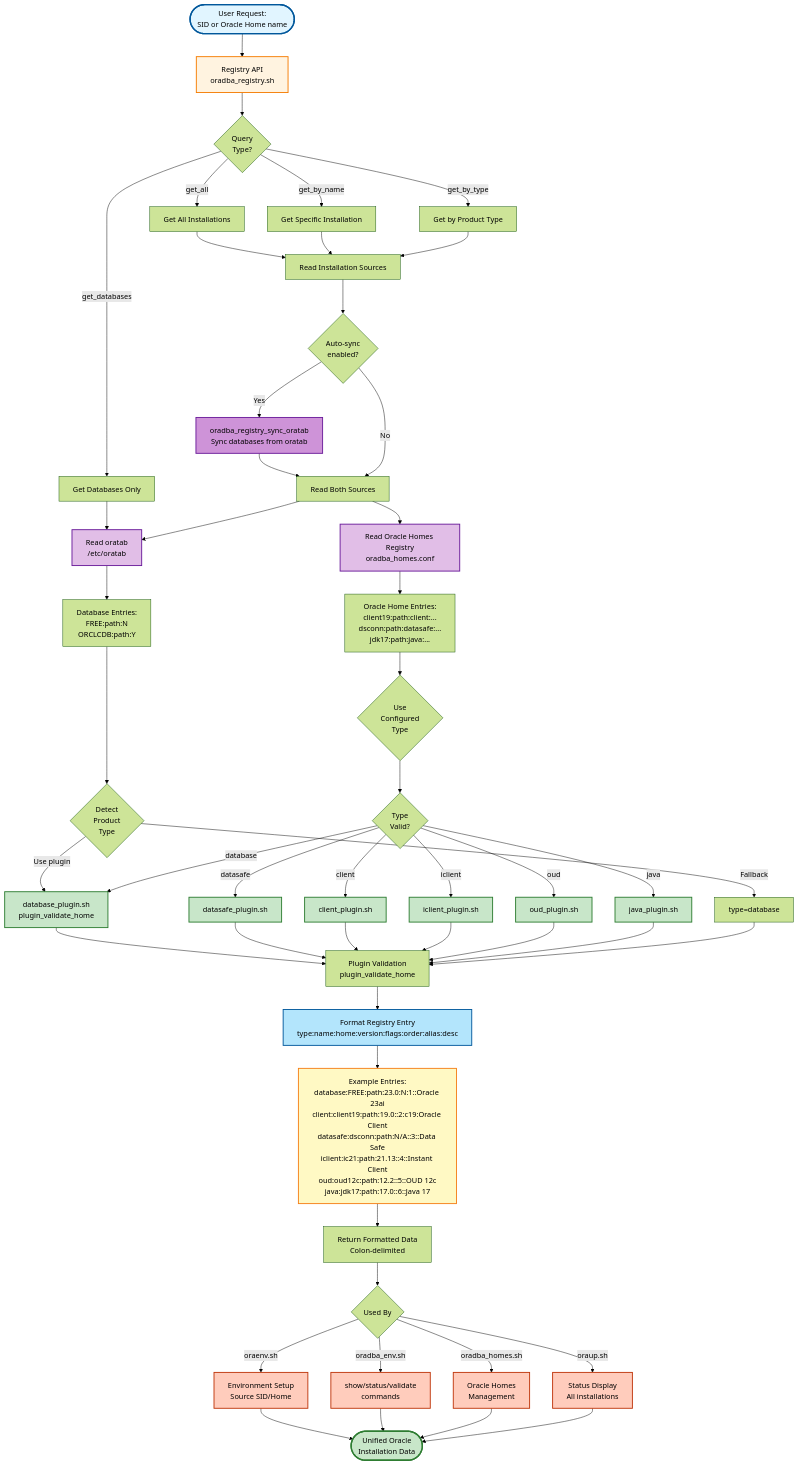
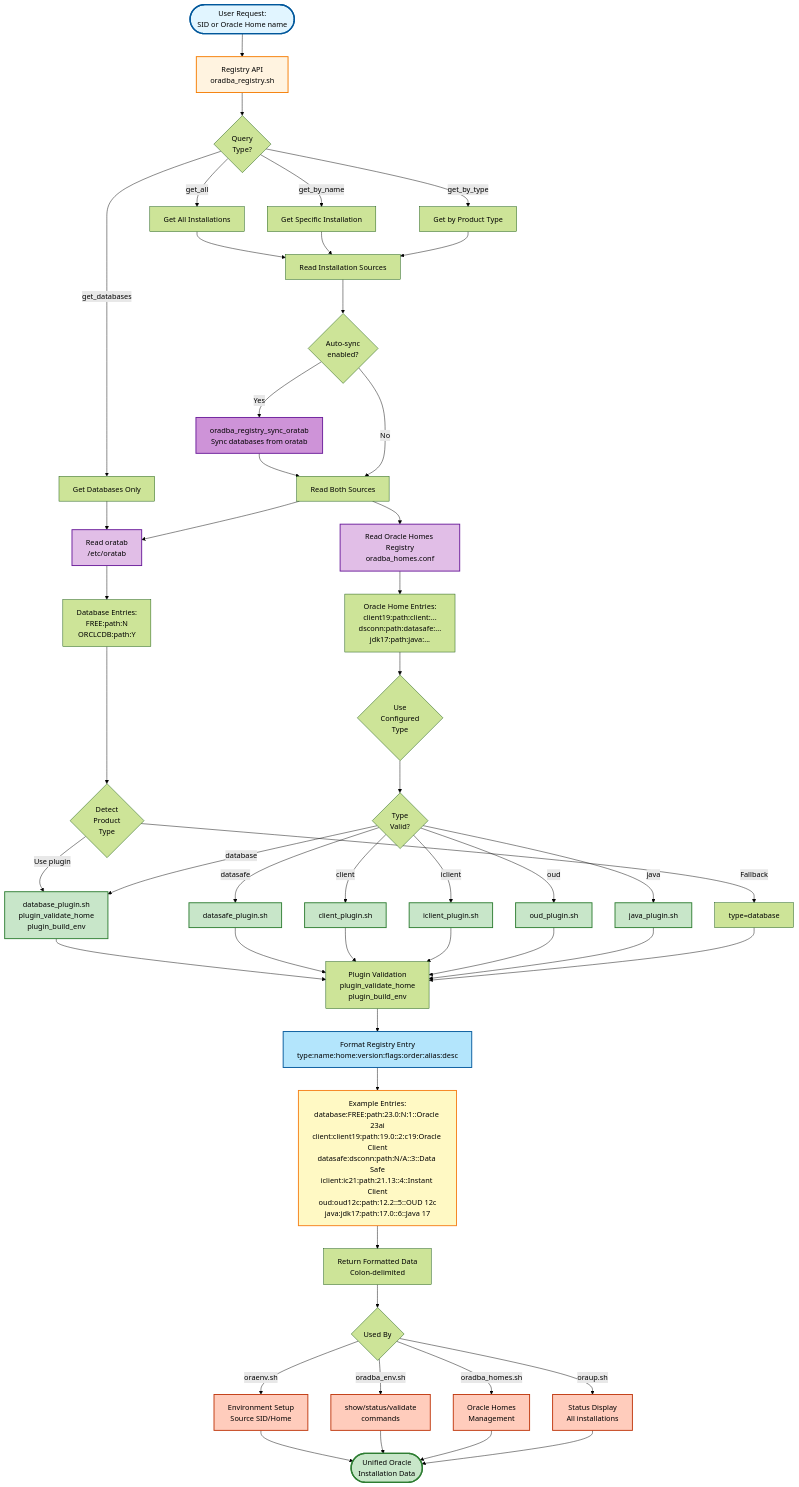
One commit to oehrlis/oradba changed the diagram in doc/images/registry-api-flow.md. Above: the diagram before and after it, drawn with Mermaid (forest theme). The commit also changed 6 other files, not shown here.

Commit message:
docs: align plugin docs and diagrams with updated standards

```diff
--- a/doc/images/registry-api-flow.md
+++ b/doc/images/registry-api-flow.md
@@ -38,7 +38,7 @@
     OratexistabData --> DetectDB{Detect<br/>Product<br/>Type}
     HomesData --> DetectOther{Use<br/>Configured<br/>Type}
     
-    DetectDB -->|Use plugin| DBPlugin[database_plugin.sh<br/>plugin_validate_home]
+    DetectDB -->|Use plugin| DBPlugin[database_plugin.sh<br/>plugin_validate_home<br/>plugin_build_env]
     DetectDB -->|Fallback| DefaultDB[type=database]
     
     DetectOther --> TypeCheck{Type<br/>Valid?}
@@ -57,7 +57,7 @@
     JavaPlugin --> Validate
     DefaultDB --> Validate
     
-    Validate[Plugin Validation<br/>plugin_validate_home]
+    Validate[Plugin Validation<br/>plugin_validate_home<br/>plugin_build_env]
     
     Validate --> FormatEntry[Format Registry Entry<br/>type:name:home:version:flags:order:alias:desc]
     
```
